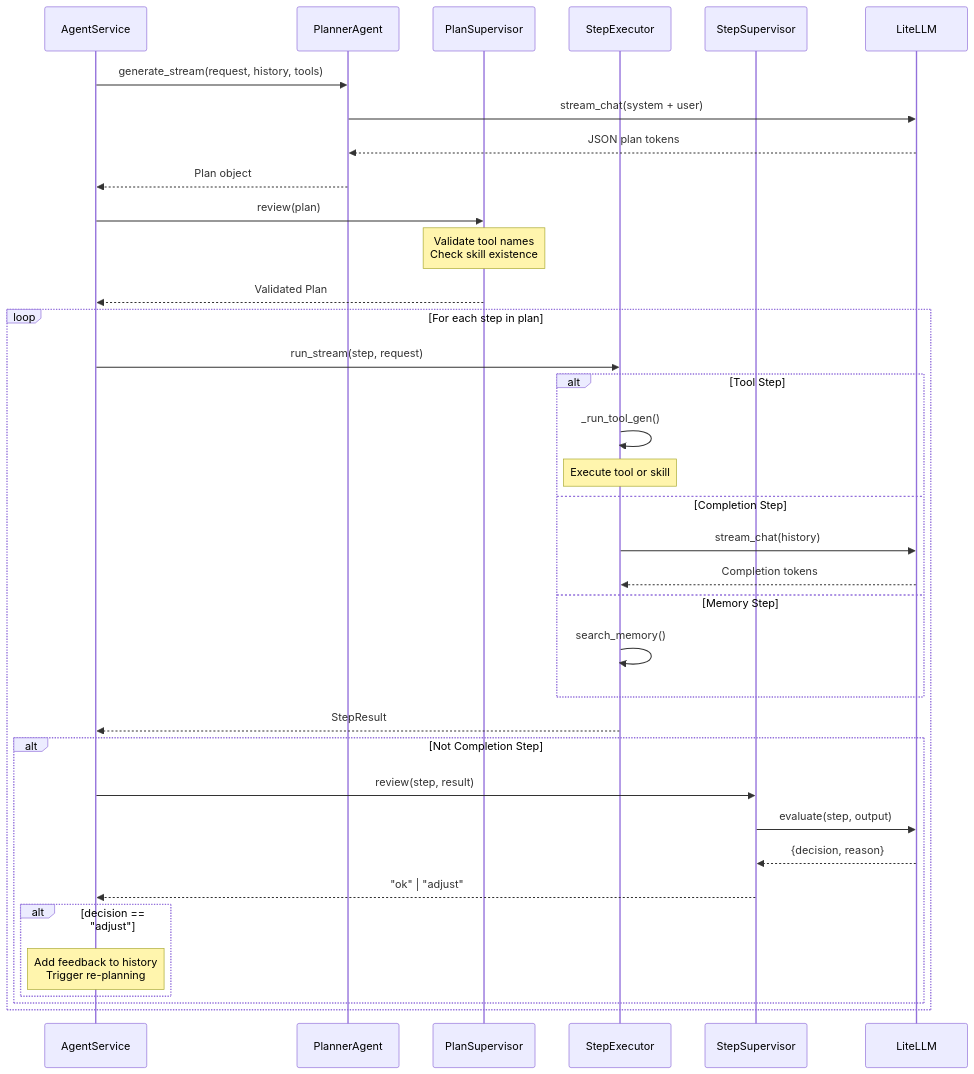
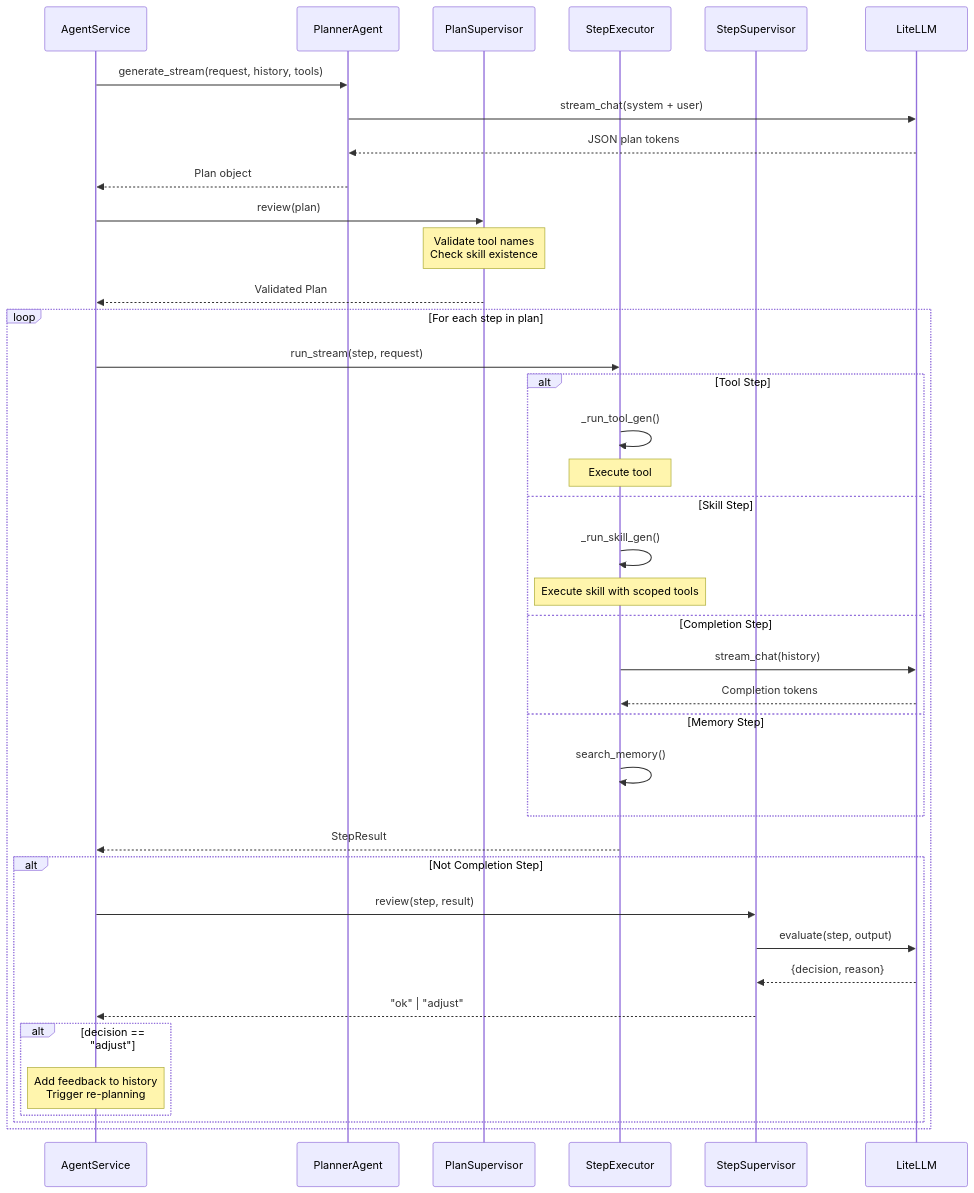
One commit to MagTer/ai-agent-platform changed the third of 7 diagrams in docs/architecture-diagram.md. Above: the diagram before and after it, drawn with Mermaid. The commit also changed other lines of this file and 9 other files, not shown here.

````diff
--- a/docs/architecture-diagram.md
+++ b/docs/architecture-diagram.md
@@ -163,45 +163,48 @@
 ```mermaid
 sequenceDiagram
     participant Service as AgentService
     participant Planner as PlannerAgent
     participant PlanSuper as PlanSupervisor
     participant Executor as StepExecutor
     participant StepSuper as StepSupervisor
     participant LLM as LiteLLM
 
     Service->>Planner: generate_stream(request, history, tools)
     Planner->>LLM: stream_chat(system + user)
     LLM-->>Planner: JSON plan tokens
     Planner-->>Service: Plan object
 
     Service->>PlanSuper: review(plan)
     Note over PlanSuper: Validate tool names<br/>Check skill existence
     PlanSuper-->>Service: Validated Plan
 
     loop For each step in plan
         Service->>Executor: run_stream(step, request)
 
         alt Tool Step
             Executor->>Executor: _run_tool_gen()
-            Note over Executor: Execute tool or skill
+            Note over Executor: Execute tool
+        else Skill Step
+            Executor->>Executor: _run_skill_gen()
+            Note over Executor: Execute skill with scoped tools
         else Completion Step
             Executor->>LLM: stream_chat(history)
             LLM-->>Executor: Completion tokens
         else Memory Step
             Executor->>Executor: search_memory()
         end
 
         Executor-->>Service: StepResult
 
         alt Not Completion Step
             Service->>StepSuper: review(step, result)
             StepSuper->>LLM: evaluate(step, output)
             LLM-->>StepSuper: {decision, reason}
             StepSuper-->>Service: "ok" | "adjust"
 
             alt decision == "adjust"
                 Note over Service: Add feedback to history<br/>Trigger re-planning
             end
         end
     end
 ```
````
